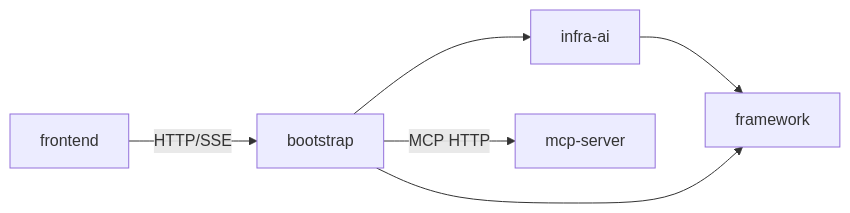
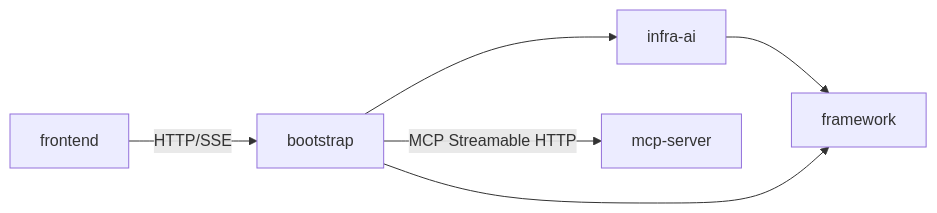
The diagram in docs/learning-notes/03-目录结构与模块职责.md (Purpose-C/ragent), drawn with Mermaid before and after one commit. The commit also changed other lines of this file and 19 other files, not shown here.

````diff
--- a/docs/learning-notes/03-目录结构与模块职责.md
+++ b/docs/learning-notes/03-目录结构与模块职责.md
@@ -19,9 +115,9 @@
 ```mermaid
 flowchart LR
     F[framework]
     I[infra-ai] --> F
     B[bootstrap] --> I
     B --> F
     FE[frontend] -->|HTTP/SSE| B
-    B -->|MCP HTTP| M[mcp-server]
+    B -->|MCP Streamable HTTP| M[mcp-server]
 ```
````
